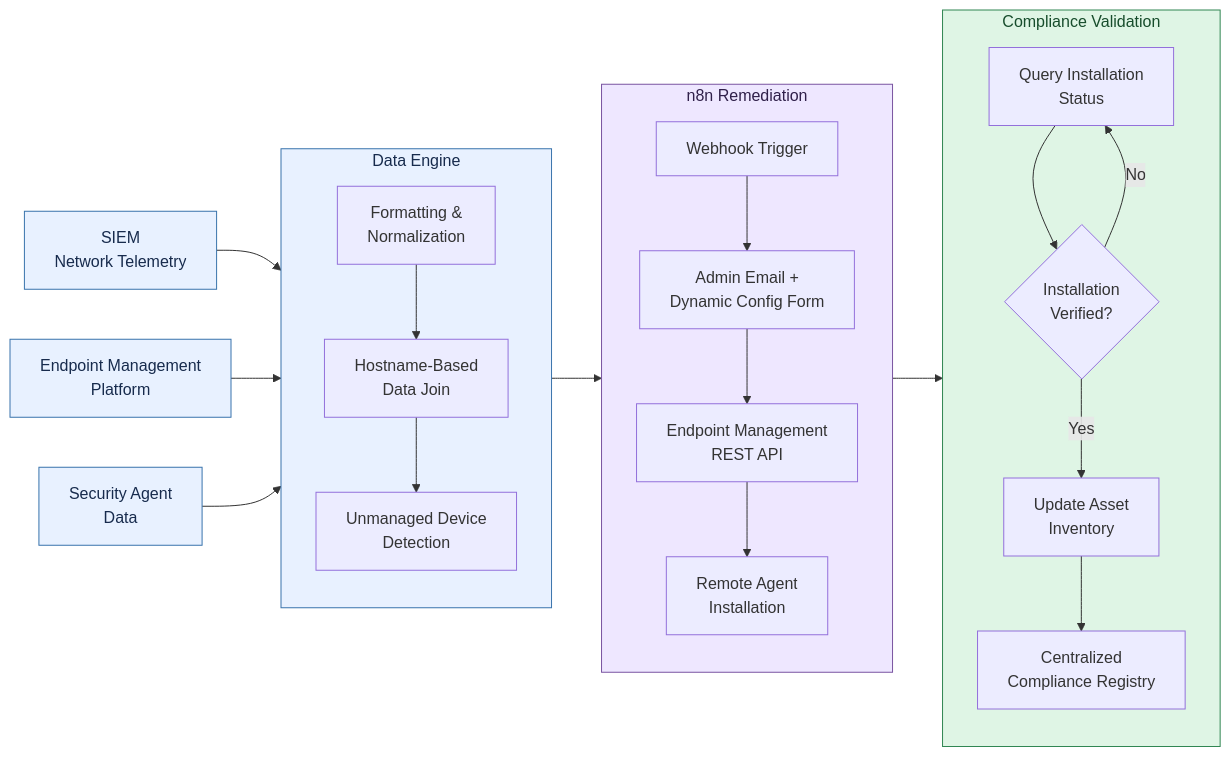
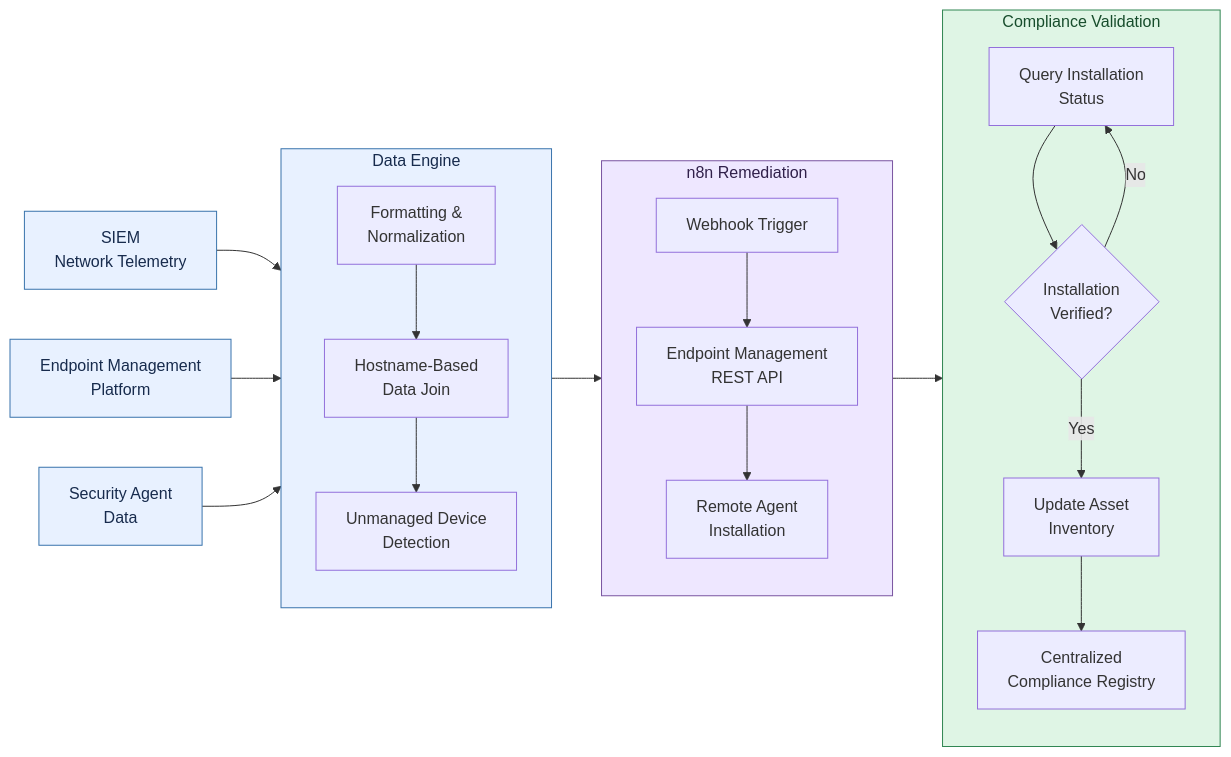
The first of 3 diagrams in README.md (KaziHossain15/C2C-Pipeline), drawn with Mermaid before and after one commit.

Commit message:
Modify n8n Remediation flow structure
Updated flow in n8n Remediation section to remove Admin Email node.

````diff
--- a/README.md
+++ b/README.md
@@ -20,35 +20,35 @@
 ```mermaid
 flowchart LR
     S1["SIEM<br/>Network Telemetry"]
     S2["Endpoint Management<br/>Platform"]
     S3["Security Agent<br/>Data"]
 
     subgraph DE["Data Engine"]
         direction TB
         D1["Formatting &<br/>Normalization"] --> D2["Hostname-Based<br/>Data Join"] --> D3["Unmanaged Device<br/>Detection"]
     end
 
     subgraph RM["n8n Remediation"]
         direction TB
-        N1["Webhook Trigger"] --> N2["Admin Email +<br/>Dynamic Config Form"] --> N3["Endpoint Management<br/>REST API"] --> N4["Remote Agent<br/>Installation"]
+        N1["Webhook Trigger"] --> N2["Endpoint Management<br/>REST API"] --> N3["Remote Agent<br/>Installation"]
     end
 
     subgraph CV["Compliance Validation"]
         direction TB
         V1["Query Installation<br/>Status"] --> V2{"Installation<br/>Verified?"}
         V2 -->|No| V1
         V2 -->|Yes| V3["Update Asset<br/>Inventory"] --> V4["Centralized<br/>Compliance Registry"]
     end
 
     S1 --> DE
     S2 --> DE
     S3 --> DE
     DE --> RM --> CV
 
     classDef source fill:#e8f1ff,stroke:#3973ac,color:#172b4d
     class S1,S2,S3 source
 
     style DE fill:#e8f1ff,stroke:#3973ac,color:#172b4d
     style RM fill:#eee7ff,stroke:#7954a1,color:#30204a
     style CV fill:#dff5e5,stroke:#318653,color:#174d2c
 ```
````
